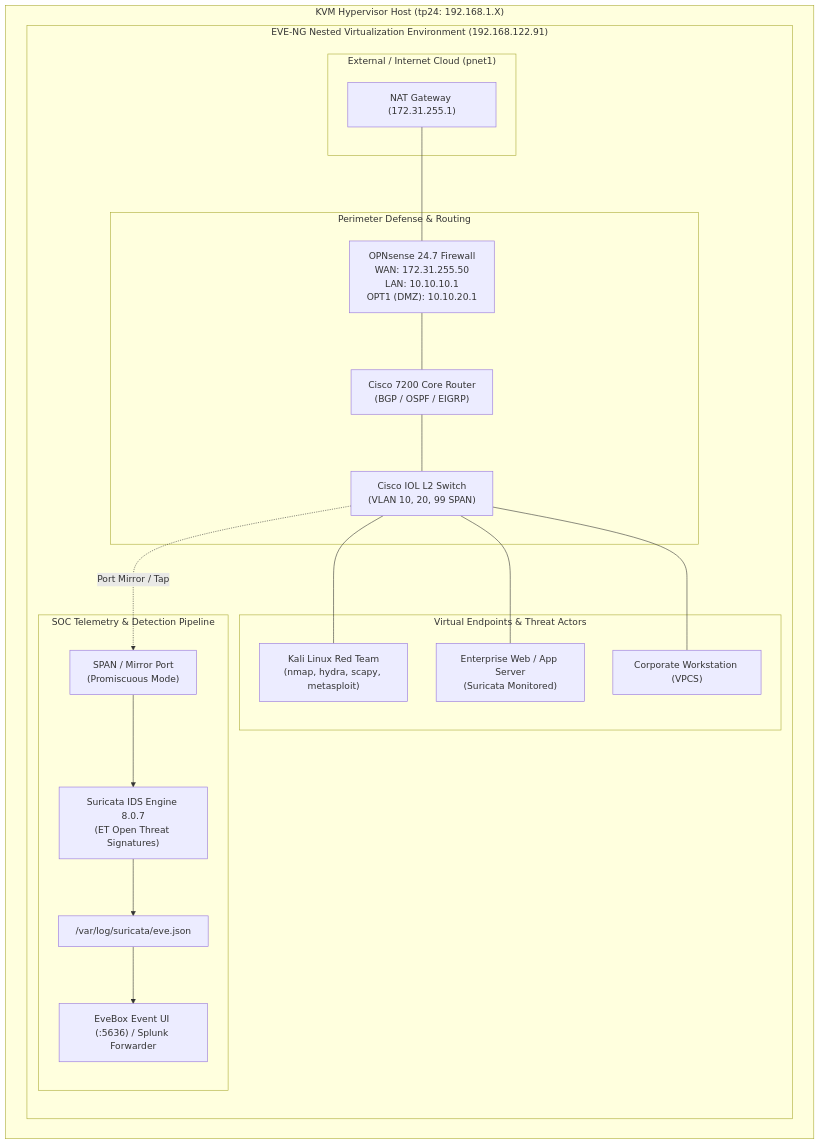
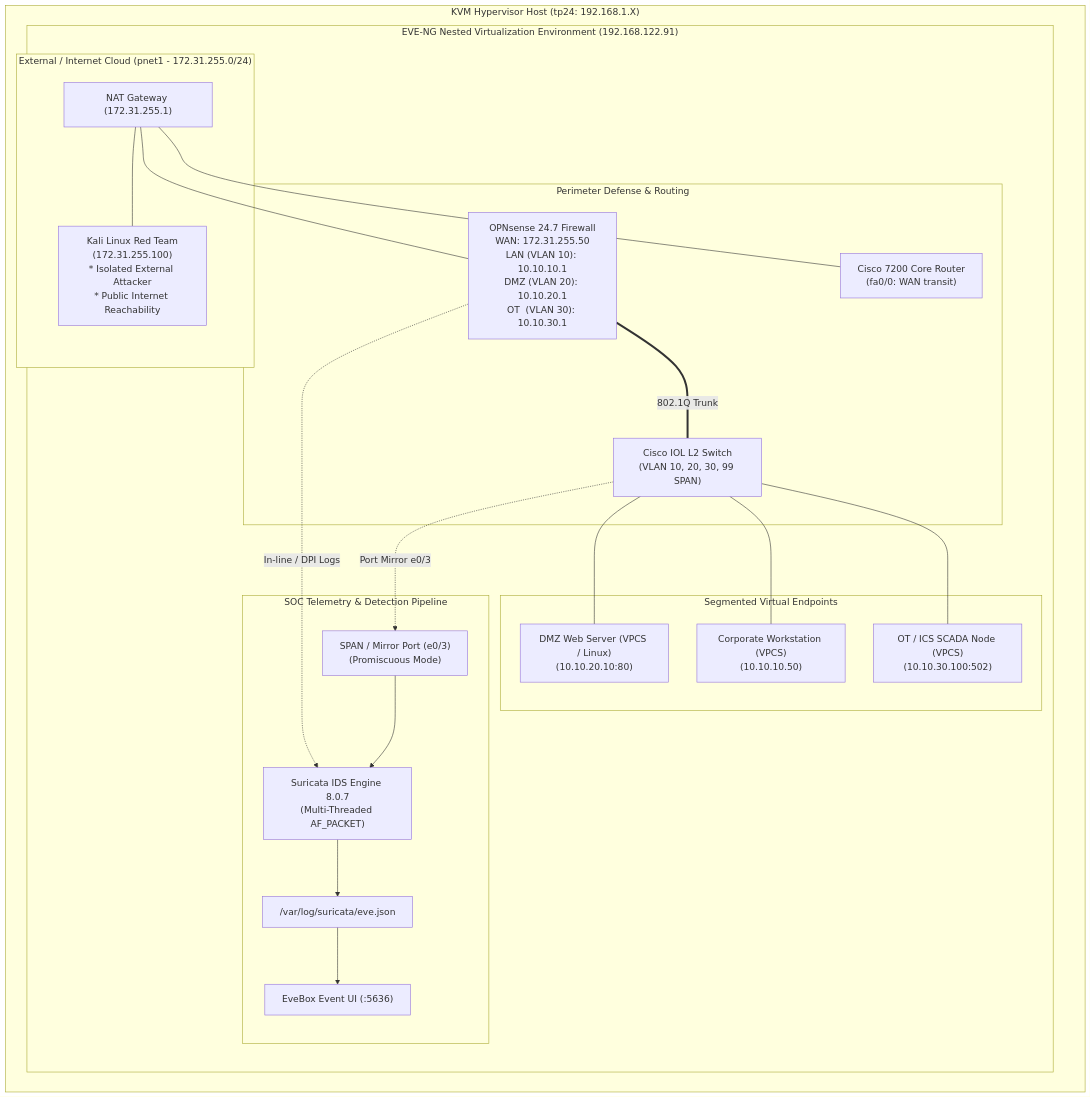
The diagram in docs/TUTORIAL.md (ytp24/eve-soc-homelab), drawn with Mermaid before and after one commit. The commit also changed other lines of this file and 2 other files, not shown here.

Commit message:
docs: update lab documentation with external WAN attacker setup, attack catalog, and Suricata telemetry

````diff
--- a/docs/TUTORIAL.md
+++ b/docs/TUTORIAL.md
@@ -9,40 +11,43 @@
 ```mermaid
 flowchart TD
     subgraph Hypervisor["KVM Hypervisor Host (tp24: 192.168.1.X)"]
         subgraph EVE_VM["EVE-NG Nested Virtualization Environment (192.168.122.91)"]
-            subgraph WAN["External / Internet Cloud (pnet1)"]
+            subgraph WAN["External / Internet Cloud (pnet1 - 172.31.255.0/24)"]
                 NAT_GW["NAT Gateway (172.31.255.1)"]
+                KALI["Kali Linux Red Team\n(172.31.255.100)\n* Isolated External Attacker\n* Public Internet Reachability"]
             end
 
             subgraph Perimeter["Perimeter Defense & Routing"]
-                FW["OPNsense 24.7 Firewall\nWAN: 172.31.255.50\nLAN: 10.10.10.1\nOPT1 (DMZ): 10.10.20.1"]
-                R1["Cisco 7200 Core Router\n(BGP / OSPF / EIGRP)"]
-                SW1["Cisco IOL L2 Switch\n(VLAN 10, 20, 99 SPAN)"]
+                FW["OPNsense 24.7 Firewall\nWAN: 172.31.255.50\nLAN (VLAN 10): 10.10.10.1\nDMZ (VLAN 20): 10.10.20.1\nOT  (VLAN 30): 10.10.30.1"]
+                R1["Cisco 7200 Core Router\n(fa0/0: WAN transit)"]
+                SW1["Cisco IOL L2 Switch\n(VLAN 10, 20, 30, 99 SPAN)"]
             end
 
-            subgraph Endpoints["Virtual Endpoints & Threat Actors"]
-                KALI["Kali Linux Red Team\n(nmap, hydra, scapy, metasploit)"]
-                SRV["Enterprise Web / App Server\n(Suricata Monitored)"]
-                PC["Corporate Workstation (VPCS)"]
+            subgraph Endpoints["Segmented Virtual Endpoints"]
+                DMZ_SRV["DMZ Web Server (VPCS / Linux)\n(10.10.20.10:80)"]
+                CORP_PC["Corporate Workstation (VPCS)\n(10.10.10.50)"]
+                OT_PLC["OT / ICS SCADA Node (VPCS)\n(10.10.30.100:502)"]
             end
 
             subgraph Telemetry["SOC Telemetry & Detection Pipeline"]
-                SPAN["SPAN / Mirror Port\n(Promiscuous Mode)"]
-                SURICATA["Suricata IDS Engine 8.0.7\n(ET Open Threat Signatures)"]
+                SPAN["SPAN / Mirror Port (e0/3)\n(Promiscuous Mode)"]
+                SURICATA["Suricata IDS Engine 8.0.7\n(Multi-Threaded AF_PACKET)"]
                 EVE_JSON["/var/log/suricata/eve.json"]
-                EVEBOX["EveBox Event UI (:5636) / Splunk Forwarder"]
+                EVEBOX["EveBox Event UI (:5636)"]
             end
         end
     end
 
+    NAT_GW --- KALI
     NAT_GW --- FW
-    FW --- R1
-    R1 --- SW1
-    SW1 --- KALI
-    SW1 --- SRV
-    SW1 --- PC
-    SW1 -.->|Port Mirror / Tap| SPAN
+    NAT_GW --- R1
+    FW ===|802.1Q Trunk| SW1
+    SW1 --- DMZ_SRV
+    SW1 --- CORP_PC
+    SW1 --- OT_PLC
+    SW1 -.->|Port Mirror e0/3| SPAN
+    FW -.->|In-line / DPI Logs| SURICATA
     SPAN --> SURICATA
     SURICATA --> EVE_JSON
     EVE_JSON --> EVEBOX
 ```
````
